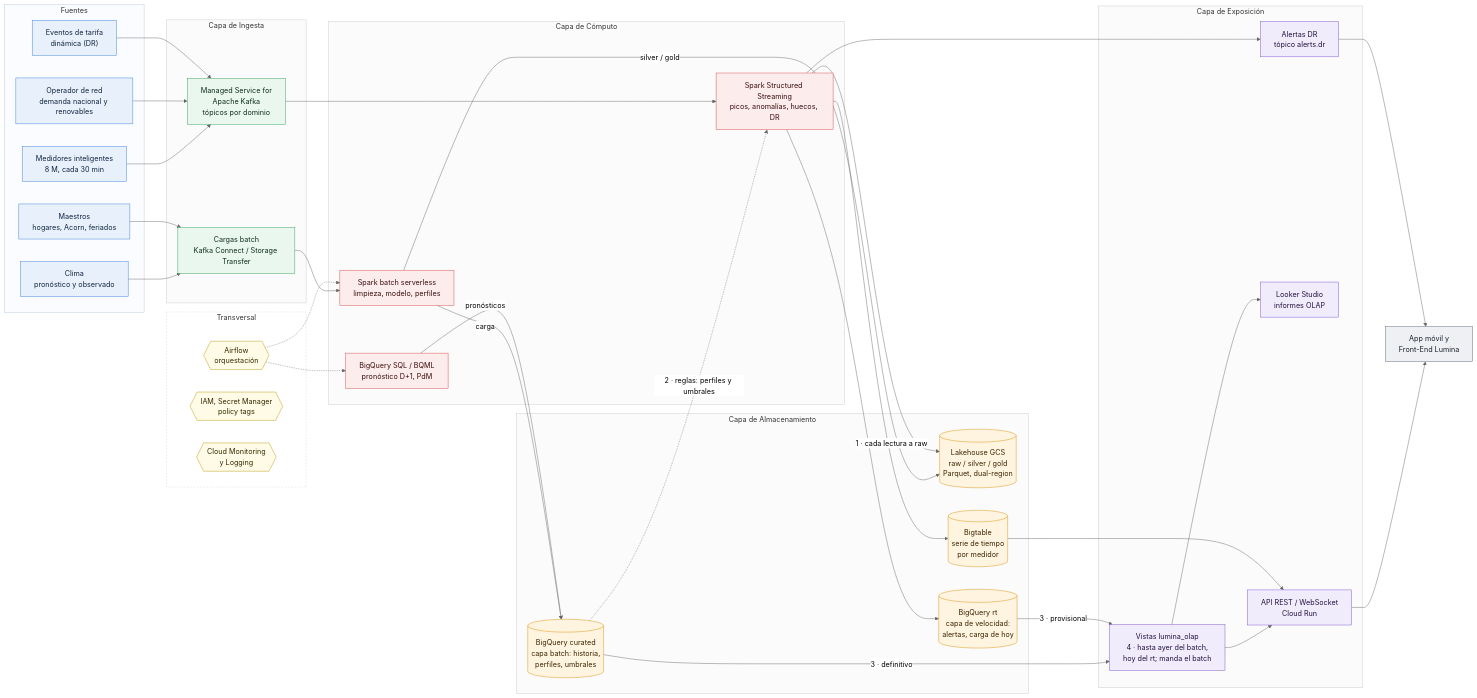
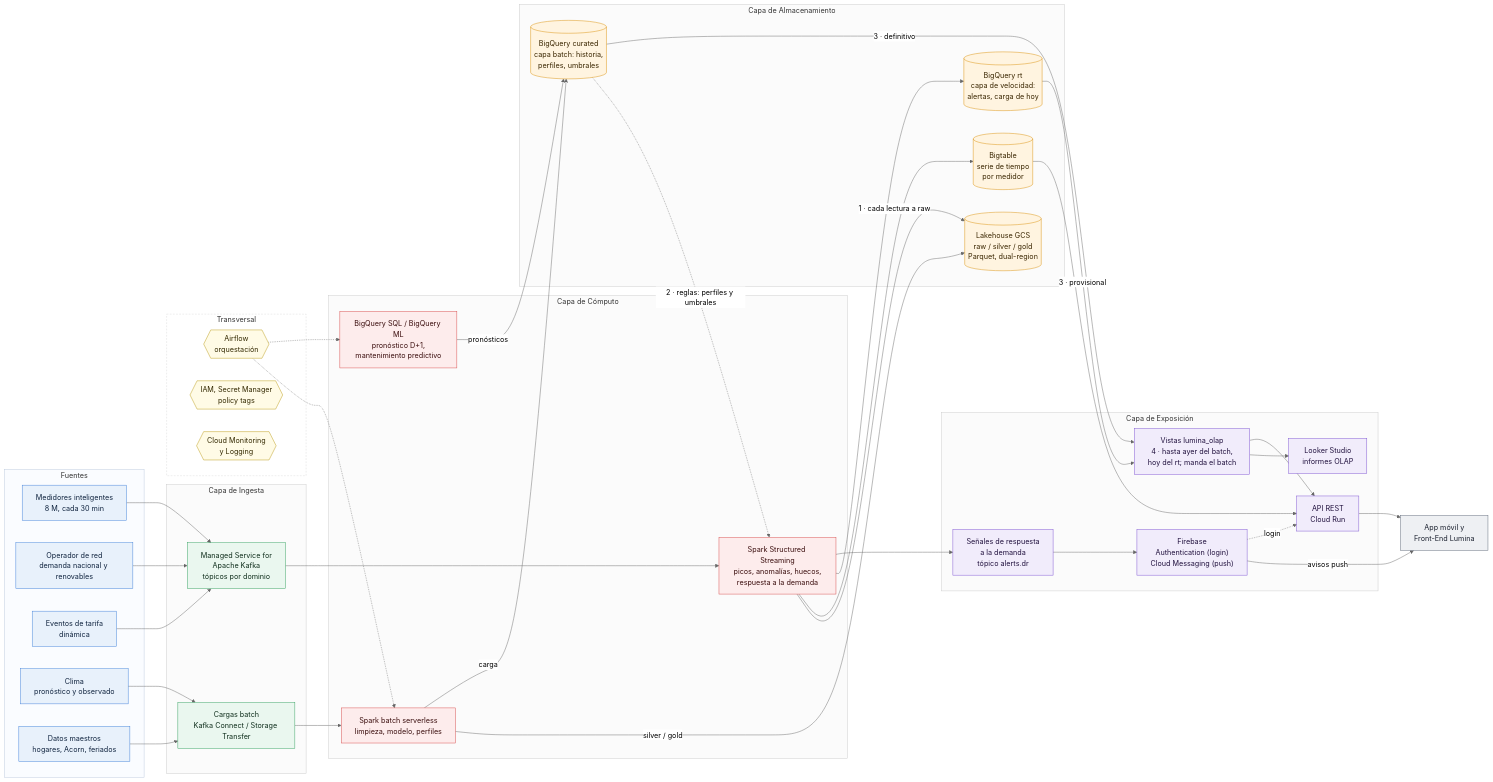
Before and after one commit to Diego9828/dataenergia-lumina: the diagram in docs/entrega1/diagrama_capas.mmd, drawn with Mermaid (neutral theme). The commit also changed 6 other files, not shown here.

First line of the commit message:
Entrega 1: términos definidos, glosario, pico de la app y Firebase

```diff
--- a/docs/entrega1/diagrama_capas.mmd
+++ b/docs/entrega1/diagrama_capas.mmd
@@ -1,87 +1,90 @@
 flowchart LR
   subgraph SRC["Fuentes"]
     F1["Medidores inteligentes<br/>8 M, cada 30 min"]
     F2["Operador de red<br/>demanda nacional y renovables"]
-    F3["Eventos de tarifa<br/>dinámica (DR)"]
+    F3["Eventos de tarifa<br/>dinámica"]
     F4["Clima<br/>pronóstico y observado"]
-    F5["Maestros<br/>hogares, Acorn, feriados"]
+    F5["Datos maestros<br/>hogares, Acorn, feriados"]
   end
 
   subgraph ING["Capa de Ingesta"]
     I1["Managed Service for<br/>Apache Kafka<br/>tópicos por dominio"]
     I2["Cargas batch<br/>Kafka Connect / Storage Transfer"]
   end
 
   subgraph COMP["Capa de Cómputo"]
-    C1["Spark Structured Streaming<br/>picos, anomalías, huecos, DR"]
+    C1["Spark Structured Streaming<br/>picos, anomalías, huecos,<br/>respuesta a la demanda"]
     C2["Spark batch serverless<br/>limpieza, modelo, perfiles"]
-    C3["BigQuery SQL / BQML<br/>pronóstico D+1, PdM"]
+    C3["BigQuery SQL / BigQuery ML<br/>pronóstico D+1,<br/>mantenimiento predictivo"]
   end
 
   subgraph ALM["Capa de Almacenamiento"]
     A1[("Lakehouse GCS<br/>raw / silver / gold<br/>Parquet, dual-region")]
     A2[("BigQuery curated<br/>capa batch: historia,<br/>perfiles, umbrales")]
     A4[("BigQuery rt<br/>capa de velocidad:<br/>alertas, carga de hoy")]
     A3[("Bigtable<br/>serie de tiempo<br/>por medidor")]
   end
 
   subgraph EXP["Capa de Exposición"]
     E0["Vistas lumina_olap<br/>4 · hasta ayer del batch,<br/>hoy del rt; manda el batch"]
-    E1["API REST / WebSocket<br/>Cloud Run"]
+    E1["API REST<br/>Cloud Run"]
     E2["Looker Studio<br/>informes OLAP"]
-    E3["Alertas DR<br/>tópico alerts.dr"]
+    E3["Señales de respuesta<br/>a la demanda<br/>tópico alerts.dr"]
+    E4["Firebase<br/>Authentication (login)<br/>Cloud Messaging (push)"]
   end
 
   subgraph TRV["Transversal"]
     T1{{"Airflow<br/>orquestación"}}
     T2{{"IAM, Secret Manager<br/>policy tags"}}
     T3{{"Cloud Monitoring<br/>y Logging"}}
   end
 
   APP["App móvil y<br/>Front-End Lumina"]
 
   F1 --> I1
   F2 --> I1
   F3 --> I1
   F4 --> I2
   F5 --> I2
   I1 --> C1
   I2 --> C2
   C2 -->|silver / gold| A1
   C2 -->|carga| A2
   C1 -->|1 · cada lectura a raw| A1
   C1 --> A3
   C1 --> A4
   C1 --> E3
   C3 -->|pronósticos| A2
   A2 -.->|2 · reglas: perfiles y umbrales| C1
   A2 -->|3 · definitivo| E0
   A4 -->|3 · provisional| E0
   E0 --> E2
   E0 --> E1
   A3 --> E1
   E1 --> APP
-  E3 --> APP
+  E3 --> E4
+  E4 -->|avisos push| APP
+  E4 -.->|login| E1
   T1 -.-> C2
   T1 -.-> C3
 
   classDef src fill:#E8F1FB,stroke:#3B7DD8,color:#10243F
   classDef ing fill:#EAF7EF,stroke:#2E9E5B,color:#0F2E1C
   classDef comp fill:#FDECEC,stroke:#D64545,color:#3B0E0E
   classDef alm fill:#FFF4E0,stroke:#D98E04,color:#3A2600
   classDef exp fill:#F1ECFB,stroke:#7A4FD0,color:#22123F
   classDef trv fill:#FFFBE6,stroke:#B8960C,color:#332900
   classDef app fill:#EEF0F3,stroke:#5B6575,color:#1C2230
   class F1,F2,F3,F4,F5 src
   class I1,I2 ing
   class C1,C2,C3 comp
   class A1,A2,A3,A4 alm
-  class E0,E1,E2,E3 exp
+  class E0,E1,E2,E3,E4 exp
   class T1,T2,T3 trv
   class APP app
   style SRC fill:#FAFCFF,stroke:#B8C7DC
   style ING fill:#FBFBFB,stroke:#C9C9C9
   style COMP fill:#FBFBFB,stroke:#C9C9C9
   style ALM fill:#FBFBFB,stroke:#C9C9C9
   style EXP fill:#FBFBFB,stroke:#C9C9C9
   style TRV fill:#FFFFFF,stroke:#D9D9D9,stroke-dasharray: 4 3
```
